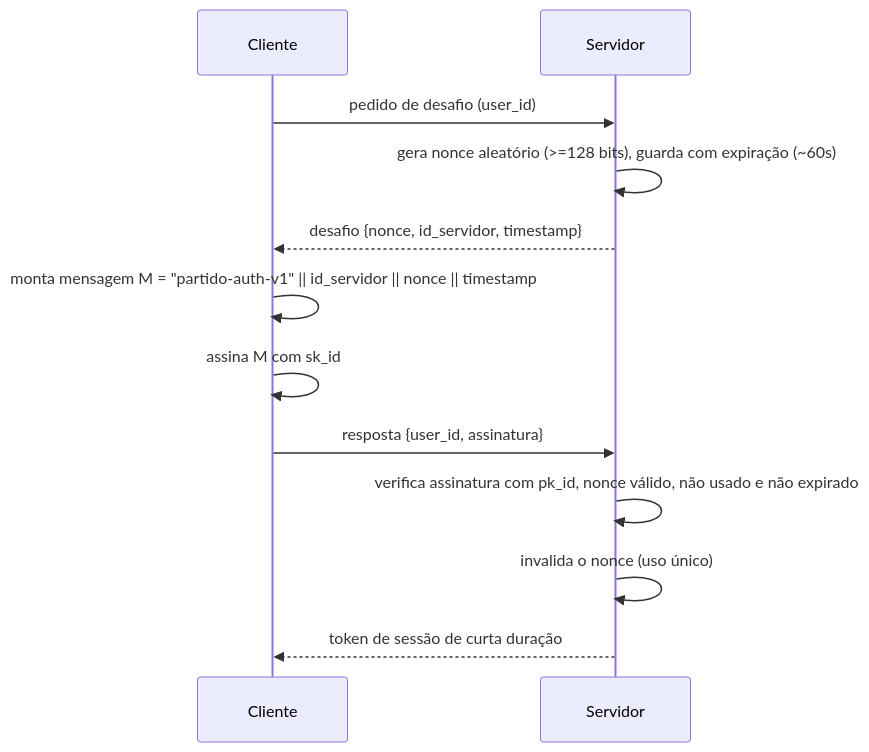
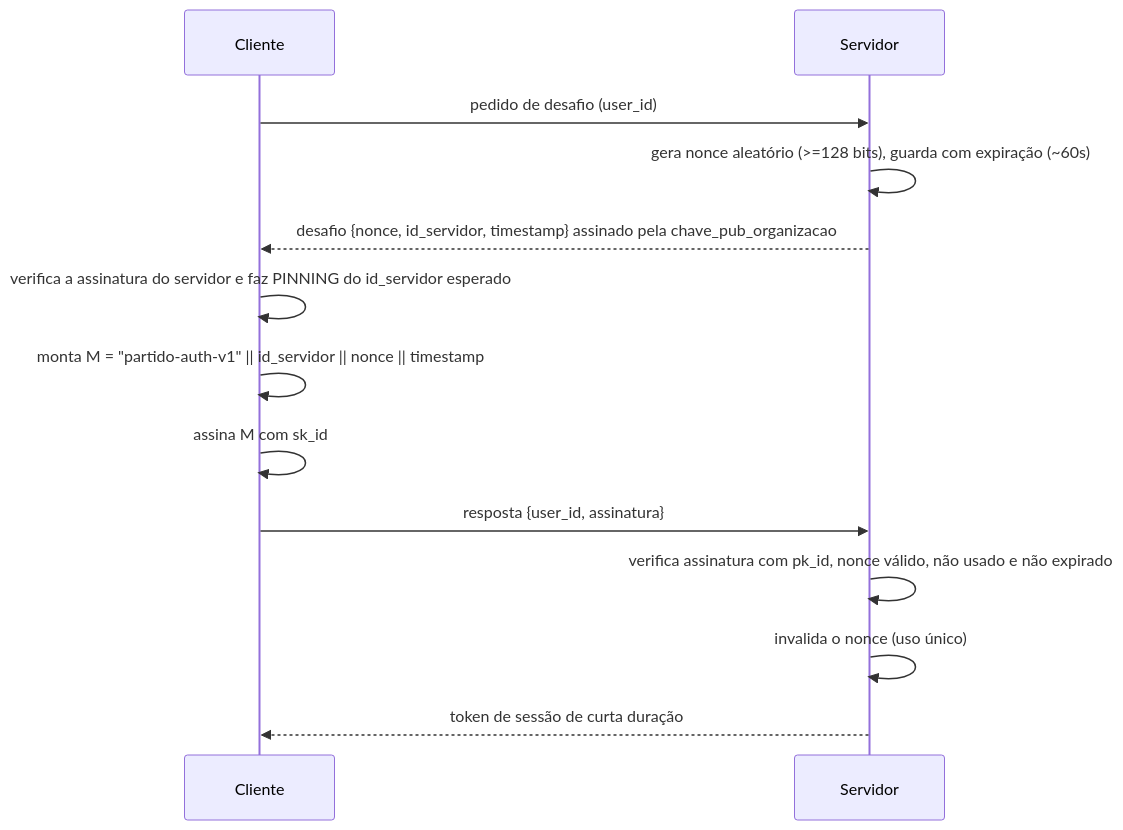
The second of 4 diagrams in docs/03-arquitetura-criptografica.md (ricardod31/partido), drawn with Mermaid before and after one commit. The commit also changed other lines of this file and 1 other file, not shown here.

````diff
--- a/docs/03-arquitetura-criptografica.md
+++ b/docs/03-arquitetura-criptografica.md
@@ -112,15 +118,16 @@
 ```mermaid
 sequenceDiagram
     participant Cli as Cliente
     participant Srv as Servidor
 
     Cli->>Srv: pedido de desafio (user_id)
     Srv->>Srv: gera nonce aleatório (>=128 bits), guarda com expiração (~60s)
-    Srv-->>Cli: desafio {nonce, id_servidor, timestamp}
-    Cli->>Cli: monta mensagem M = "partido-auth-v1" || id_servidor || nonce || timestamp
+    Srv-->>Cli: desafio {nonce, id_servidor, timestamp} assinado pela chave_pub_organizacao
+    Cli->>Cli: verifica a assinatura do servidor e faz PINNING do id_servidor esperado
+    Cli->>Cli: monta M = "partido-auth-v1" || id_servidor || nonce || timestamp
     Cli->>Cli: assina M com sk_id
     Cli->>Srv: resposta {user_id, assinatura}
     Srv->>Srv: verifica assinatura com pk_id, nonce válido, não usado e não expirado
     Srv->>Srv: invalida o nonce (uso único)
     Srv-->>Cli: token de sessão de curta duração
 ```
````
